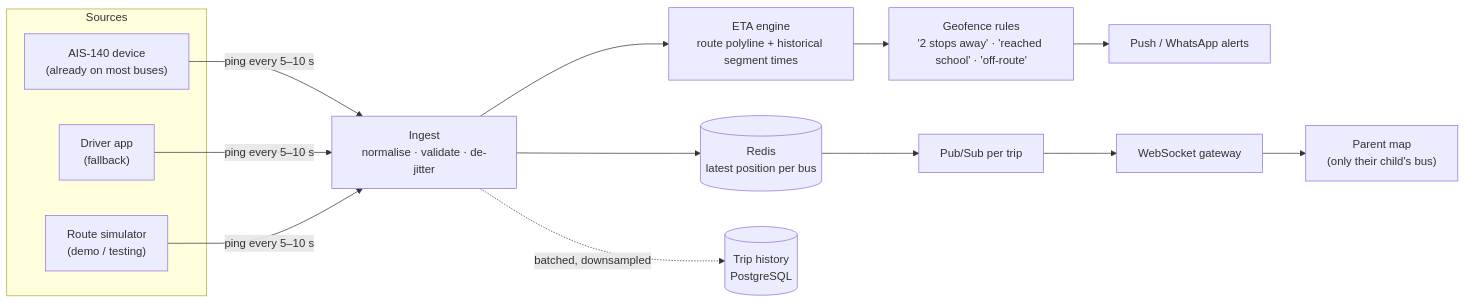
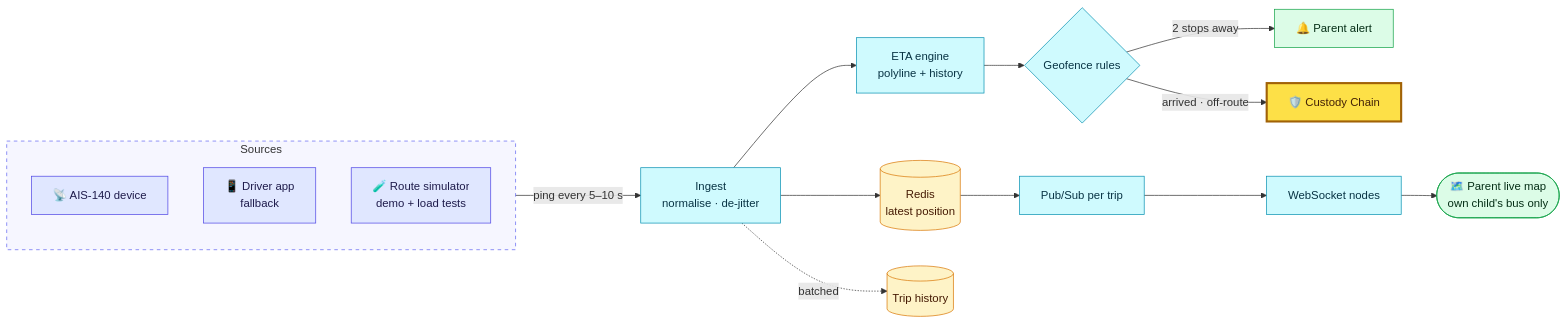
Before and after one commit to Vijay190899/acadstart: diagram 11 of 14 in README.md, drawn with Mermaid. The commit also changed other lines of this file and 1 other file, not shown here.

Commit message:
Rewrite README: signature features (Custody Chain, Safe Handover, voice-first Tamil assistant, Snap-to-Digitise, digital diary), styled Mermaid diagrams, updated game plan and scale-up list

````diff
--- a/README.md
+++ b/README.md
@@ -254,17 +512,28 @@
 ```mermaid
 flowchart LR
-  subgraph Sources
-    D1["AIS-140 device<br/>(already on most buses)"]
-    D2["Driver app<br/>(fallback)"]
-    SIM["Route simulator<br/>(demo / testing)"]
+  subgraph SRC["Sources"]
+    D1["📡 AIS-140 device"]
+    D2["📱 Driver app<br/>fallback"]
+    SIM["🧪 Route simulator<br/>demo + load tests"]
   end
-  D1 & D2 & SIM -->|"ping every 5–10 s"| ING["Ingest<br/>normalise · validate · de-jitter"]
-  ING --> POS[("Redis<br/>latest position per bus")]
-  ING --> ETA["ETA engine<br/>route polyline + historical segment times"]
-  ETA --> GEO["Geofence rules<br/>'2 stops away' · 'reached school' · 'off-route'"]
-  GEO --> NOTIF["Push / WhatsApp alerts"]
-  POS --> PUBSUB["Pub/Sub per trip"]
-  PUBSUB --> WSG["WebSocket gateway"]
-  WSG --> PAR["Parent map<br/>(only their child's bus)"]
-  ING -. "batched, downsampled" .-> HIST[("Trip history<br/>PostgreSQL")]
+  SRC -->|ping every 5–10 s| ING["Ingest<br/>normalise · de-jitter"]
+  ING --> POS[("Redis<br/>latest position")]
+  ING --> ETA["ETA engine<br/>polyline + history"]
+  ETA --> GEO{"Geofence rules"}
+  GEO -->|2 stops away| NOTIF["🔔 Parent alert"]
+  GEO -->|arrived · off-route| CUS["🛡️ Custody Chain"]
+  POS --> PS["Pub/Sub per trip"] --> WSG["WebSocket nodes"] --> MAP(["🗺️ Parent live map<br/>own child's bus only"])
+  ING -.->|batched| HIST[("Trip history")]
+
+  classDef src fill:#E0E7FF,stroke:#4F46E5,color:#1E1B4B
+  classDef proc fill:#CFFAFE,stroke:#0891B2,color:#083344
+  classDef store fill:#FEF3C7,stroke:#D97706,color:#451A03
+  classDef out fill:#DCFCE7,stroke:#16A34A,color:#052E16
+  classDef sig fill:#FDE047,stroke:#A16207,stroke-width:3px,color:#422006
+  class D1,D2,SIM src
+  class ING,ETA,GEO,PS,WSG proc
+  class POS,HIST store
+  class NOTIF,MAP out
+  class CUS sig
+  style SRC fill:#6366F10F,stroke:#6366F1,stroke-dasharray:5 5
 ```
````
